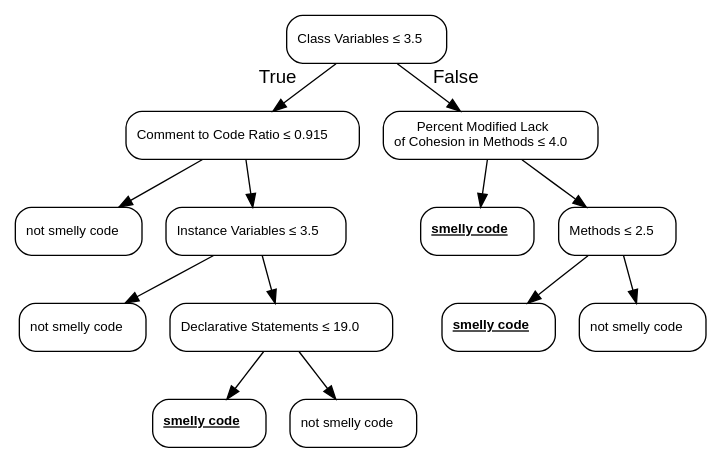
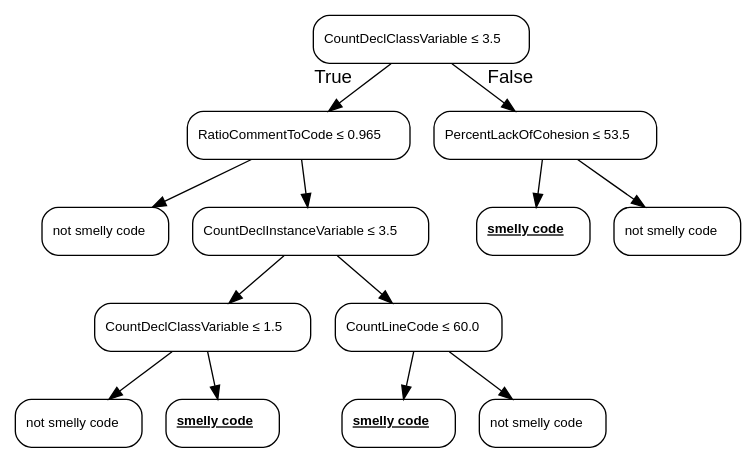
Before and after one commit to christianorossini/masterProject: the diagram in artefatos/models/dt/cdsbp/dot/7_gini.dot, drawn with Graphviz. The commit also changed 74 other files, not shown here.

```diff
--- a/artefatos/models/dt/cdsbp/dot/7_gini.dot
+++ b/artefatos/models/dt/cdsbp/dot/7_gini.dot
@@ -1,29 +1,29 @@
 digraph Tree {
 node [color="black", fontname=helvetica, shape=box, style="rounded", width=0.5, fontsize=10];
 edge [fontname=helvetica];
-0 [label=<Class Variables &le; 3.5>];
-1 [label=<Comment to Code Ratio &le; 0.915>];
+0 [label=<CountDeclClassVariable &le; 3.5>];
+1 [label=<RatioCommentToCode &le; 0.965>];
 0 -> 1  [headlabel="True", labelangle=45, labeldistance="2.5"];
 5 [label=<not smelly code>];
 1 -> 5;
-6 [label=<Instance Variables &le; 3.5>];
+6 [label=<CountDeclInstanceVariable &le; 3.5>];
 1 -> 6;
-7 [label=<not smelly code>];
+7 [label=<CountDeclClassVariable &le; 1.5>];
 6 -> 7;
-8 [label=<Declarative Statements &le; 19.0>];
+11 [label=<not smelly code>];
+7 -> 11;
+12 [label=<<u><b>smelly code</b></u>>];
+7 -> 12;
+8 [label=<CountLineCode &le; 60.0>];
 6 -> 8;
-11 [label=<<u><b>smelly code</b></u>>];
-8 -> 11;
-12 [label=<not smelly code>];
-8 -> 12;
-2 [label=<Percent Modified Lack <br/>of Cohesion in Methods &le; 4.0>];
+9 [label=<<u><b>smelly code</b></u>>];
+8 -> 9;
+10 [label=<not smelly code>];
+8 -> 10;
+2 [label=<PercentLackOfCohesion &le; 53.5>];
 0 -> 2  [headlabel="False", labelangle="-45", labeldistance="2.5"];
 3 [label=<<u><b>smelly code</b></u>>];
 2 -> 3;
-4 [label=<Methods &le; 2.5>];
+4 [label=<not smelly code>];
 2 -> 4;
-9 [label=<<u><b>smelly code</b></u>>];
-4 -> 9;
-10 [label=<not smelly code>];
-4 -> 10;
 }
```
